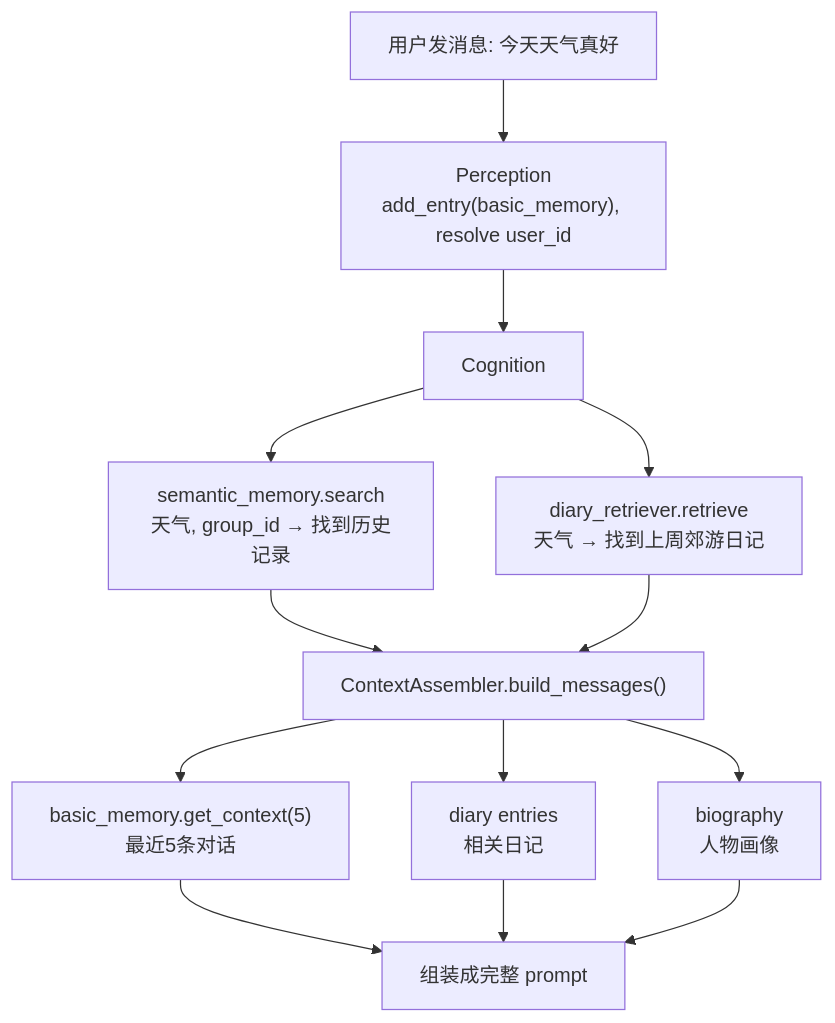
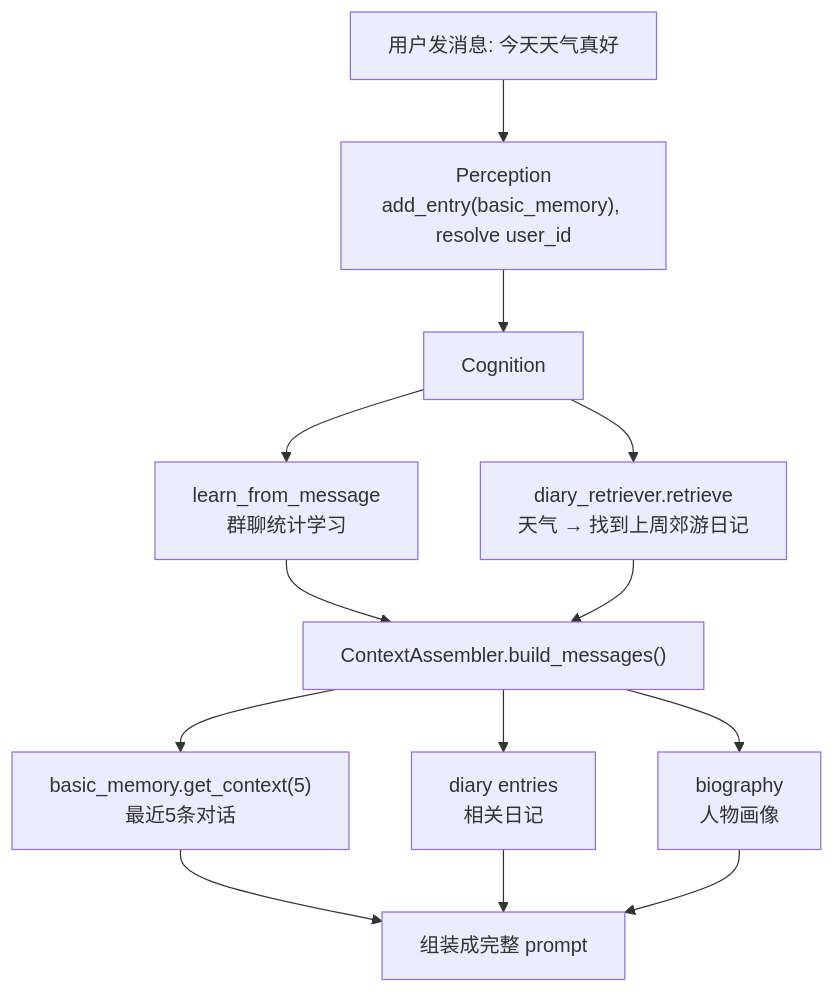
Before and after one commit to LiveSirius/SiriusPulse-Docs: the second of 2 diagrams in guide/memory-system.md, drawn with Mermaid. The commit also changed other lines of this file and 1 other file, not shown here.

````diff
--- a/guide/memory-system.md
+++ b/guide/memory-system.md
@@ -139,15 +172,15 @@
 ```mermaid
 flowchart TB
     A["用户发消息: 今天天气真好"] --> B["Perception<br>add_entry(basic_memory), resolve user_id"]
     B --> C["Cognition"]
-    C --> C1["semantic_memory.search<br>天气, group_id → 找到历史记录"]
+    C --> C1["learn_from_message<br>群聊统计学习"]
     C --> C2["diary_retriever.retrieve<br>天气 → 找到上周郊游日记"]
     C1 --> D["ContextAssembler.build_messages()"]
     C2 --> D
     D --> D1["basic_memory.get_context(5)<br>最近5条对话"]
     D --> D2["diary entries<br>相关日记"]
     D --> D3["biography<br>人物画像"]
     D1 --> E[组装成完整 prompt]
     D2 --> E
     D3 --> E
 ```
````
